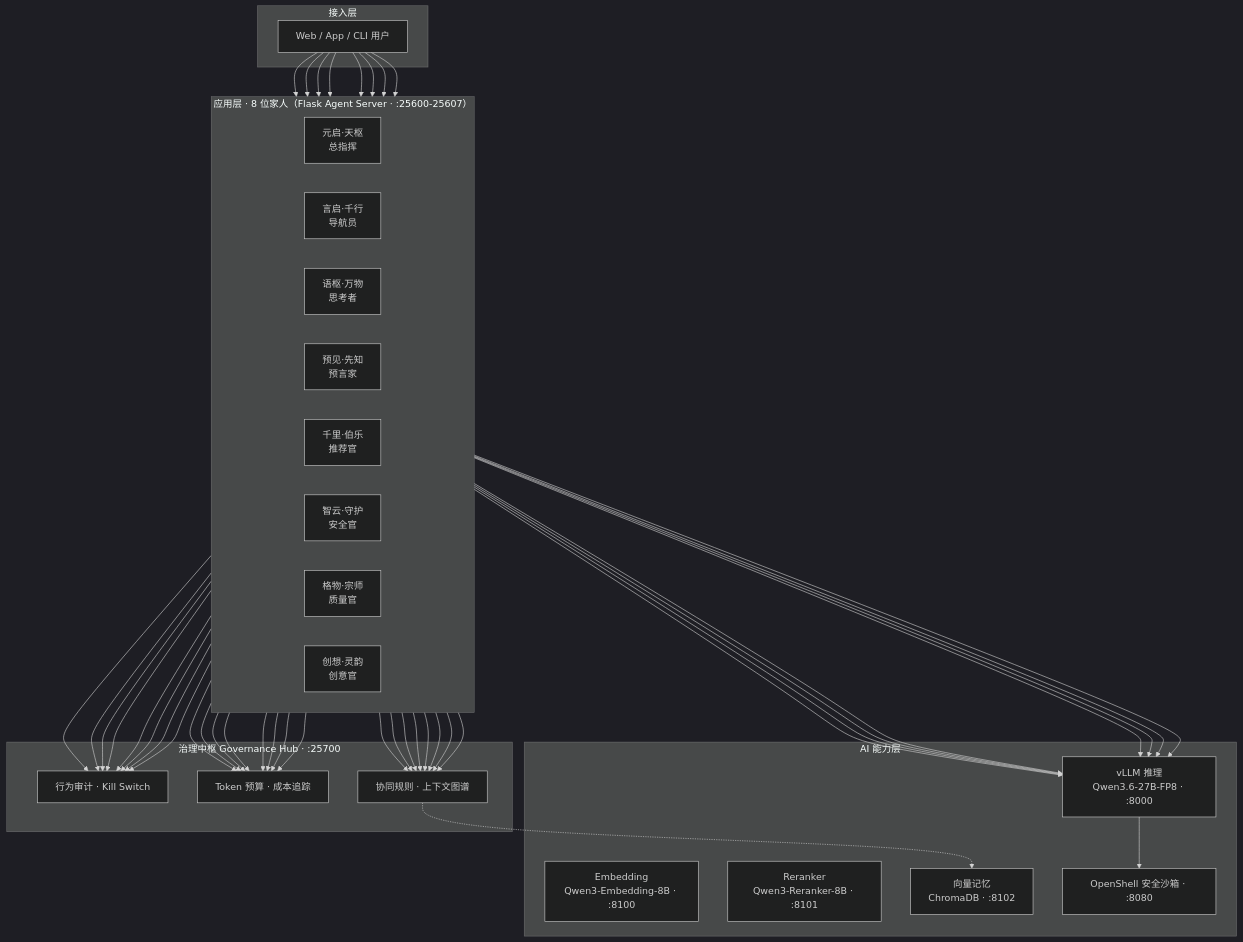
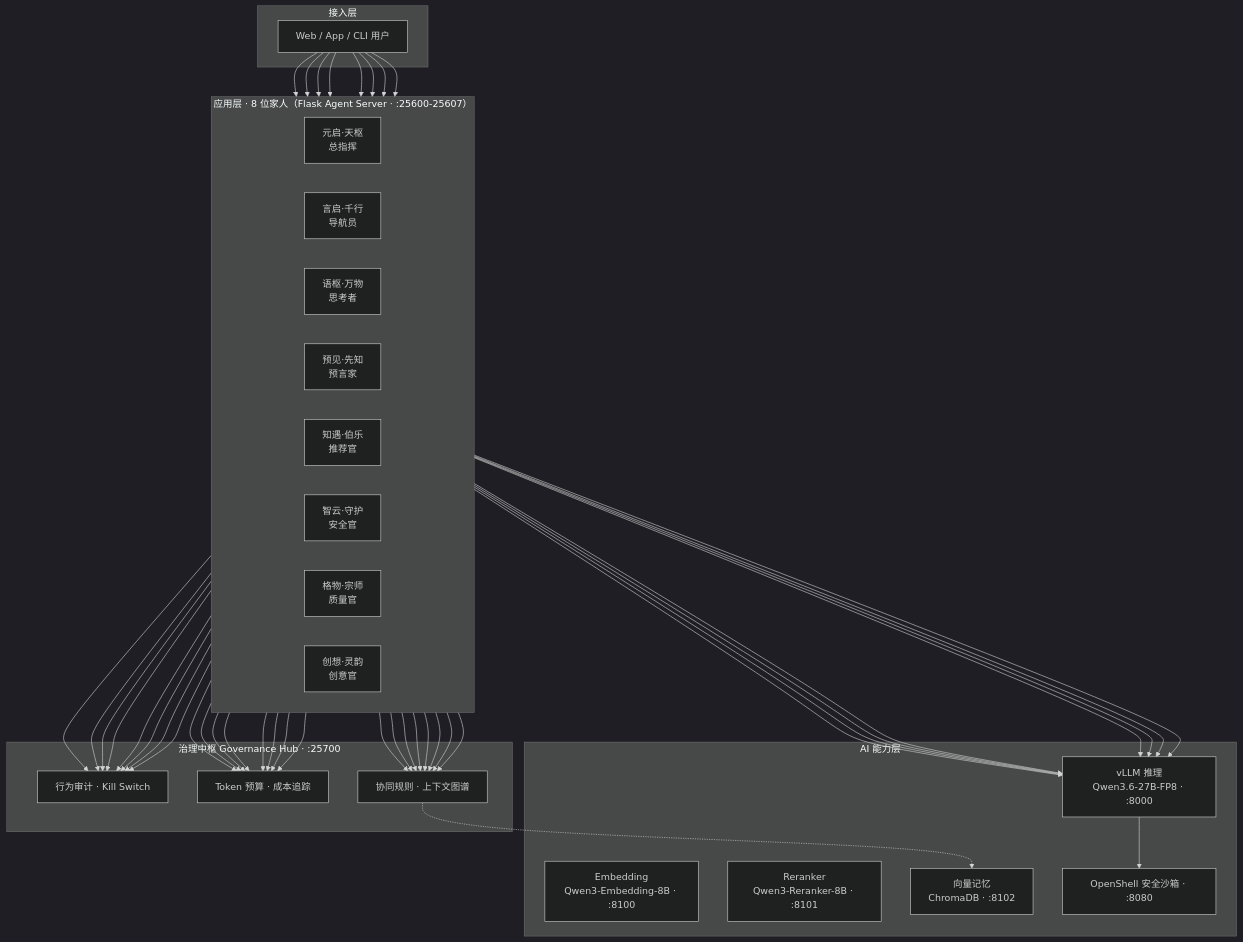
Before and after one commit to YYC-Cube/YYC3-Family-AI-Agents: the first of 4 diagrams in README.md, drawn with Mermaid (dark theme). The commit also changed other lines of this file and 176 other files, not shown here.

````diff
--- a/README.md
+++ b/README.md
@@ -105,38 +105,38 @@
 ```mermaid
 flowchart TB
     subgraph Client["接入层"]
         Web["Web / App / CLI 用户"]
     end
 
     subgraph Family["应用层 · 8 位家人（Flask Agent Server · :25600-25607）"]
         direction LR
         T["元启·天枢<br/>总指挥"]
         Q["言启·千行<br/>导航员"]
         W["语枢·万物<br/>思考者"]
         X["预见·先知<br/>预言家"]
-        B["千里·伯乐<br/>推荐官"]
+        B["知遇·伯乐<br/>推荐官"]
         S["智云·守护<br/>安全官"]
         Z["格物·宗师<br/>质量官"]
         L["创想·灵韵<br/>创意官"]
     end
 
     subgraph Gov["治理中枢 Governance Hub · :25700"]
         G1["行为审计 · Kill Switch"]
         G2["Token 预算 · 成本追踪"]
         G3["协同规则 · 上下文图谱"]
     end
 
     subgraph Infra["AI 能力层"]
         V["vLLM 推理<br/>Qwen3.6-27B-FP8 · :8000"]
         E["Embedding<br/>Qwen3-Embedding-8B · :8100"]
         R["Reranker<br/>Qwen3-Reranker-8B · :8101"]
         M["向量记忆<br/>ChromaDB · :8102"]
         O["OpenShell 安全沙箱 · :8080"]
     end
 
     Web --> T & Q & W & X & B & S & Z & L
     T & Q & W & X & B & S & Z & L --> G1 & G2 & G3
     T & Q & W & X & B & S & Z & L --> V
     V --> O
     G3 -.-> M
 ```
````
